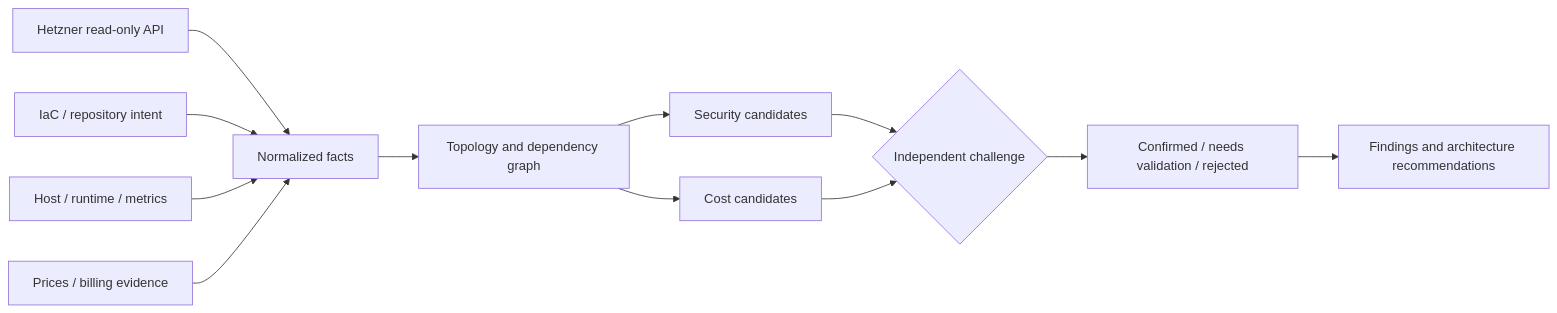
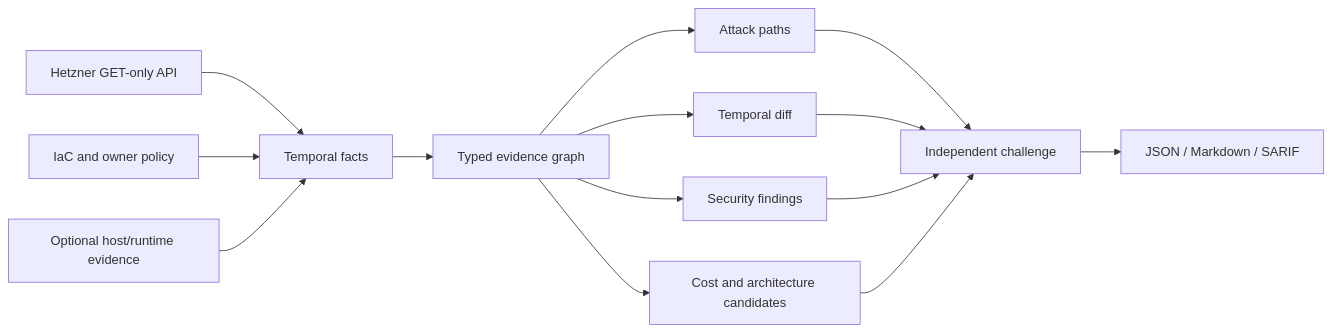
The diagram in README.md (jpolec/hetzner-cloud-audit-skills), drawn with Mermaid before and after one commit. The commit also changed other lines of this file and 22 other files, not shown here.

````diff
--- a/README.md
+++ b/README.md
@@ -121,14 +227,16 @@
 ```mermaid
 flowchart LR
-  H[Hetzner read-only API] --> F[Normalized facts]
-  R[IaC / repository intent] --> F
-  M[Host / runtime / metrics] --> F
-  P[Prices / billing evidence] --> F
-  F --> G[Topology and dependency graph]
-  G --> S[Security candidates]
-  G --> C[Cost candidates]
-  S --> V{Independent challenge}
+  H[Hetzner GET-only API] --> F[Temporal facts]
+  I[IaC and owner policy] --> F
+  R[Optional host/runtime evidence] --> F
+  F --> G[Typed evidence graph]
+  G --> P[Attack paths]
+  G --> D[Temporal diff]
+  G --> S[Security findings]
+  G --> C[Cost and architecture candidates]
+  P --> V[Independent challenge]
+  D --> V
+  S --> V
   C --> V
-  V --> A[Confirmed / needs validation / rejected]
-  A --> O[Findings and architecture recommendations]
+  V --> O[JSON / Markdown / SARIF]
 ```
````
